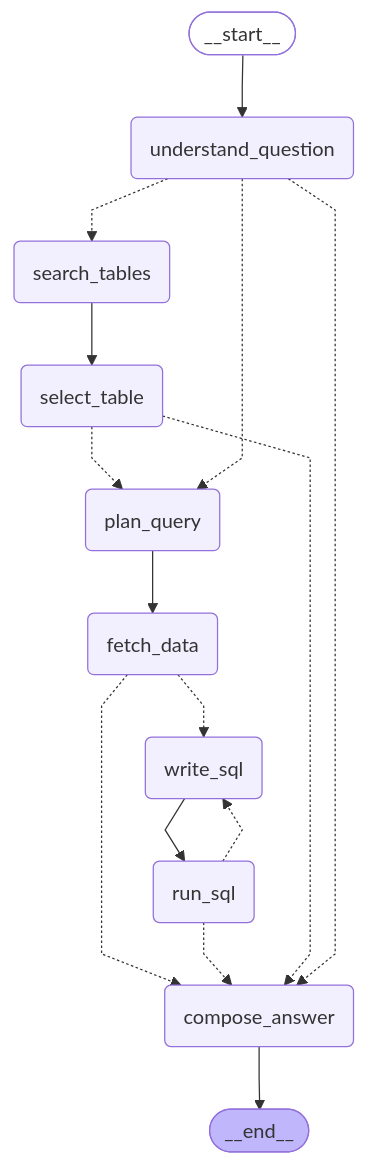
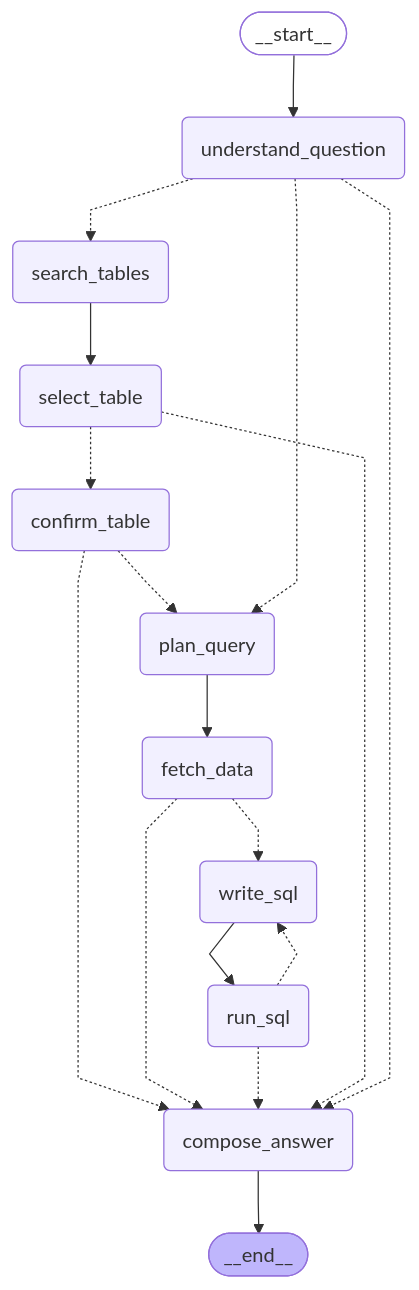
The diagram in README.md (MunzurAtak/statline-agent), drawn with Mermaid before and after one commit. The commit also changed 7 other files, not shown here.

````diff
--- a/README.md
+++ b/README.md
@@ -36,35 +36,38 @@
 ```mermaid
 ---
 config:
   flowchart:
     curve: linear
 ---
 graph TD;
 	__start__([<p>__start__</p>]):::first
 	understand_question(understand_question)
 	search_tables(search_tables)
 	select_table(select_table)
+	confirm_table(confirm_table)
 	plan_query(plan_query)
 	fetch_data(fetch_data)
 	write_sql(write_sql)
 	run_sql(run_sql)
 	compose_answer(compose_answer)
 	__end__([<p>__end__</p>]):::last
 	__start__ --> understand_question;
+	confirm_table -.-> compose_answer;
+	confirm_table -.-> plan_query;
 	fetch_data -.-> compose_answer;
 	fetch_data -.-> write_sql;
 	plan_query --> fetch_data;
 	run_sql -.-> compose_answer;
 	run_sql -.-> write_sql;
 	search_tables --> select_table;
 	select_table -.-> compose_answer;
-	select_table -.-> plan_query;
+	select_table -.-> confirm_table;
 	understand_question -.-> compose_answer;
 	understand_question -.-> plan_query;
 	understand_question -.-> search_tables;
 	write_sql --> run_sql;
 	compose_answer --> __end__;
 	classDef default fill:#f2f0ff,line-height:1.2
 	classDef first fill-opacity:0
 	classDef last fill:#bfb6fc
 ```
````
